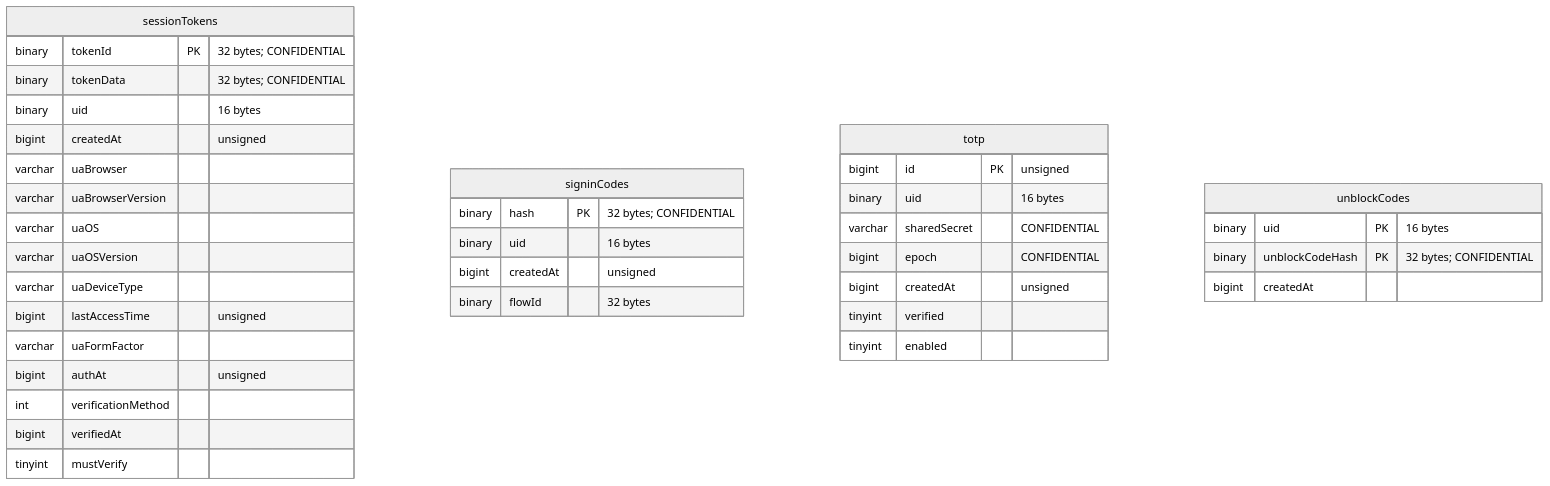
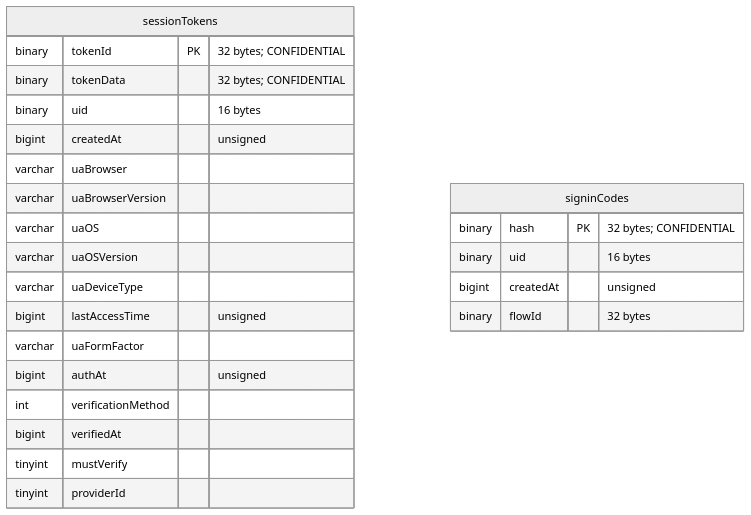
The tenth of 18 diagrams in docs/reference/database-structure.md (mozilla/ecosystem-platform), drawn with Mermaid (neutral theme) before and after one commit. The commit also changed other lines of this file, not shown here.

````diff
--- a/docs/reference/database-structure.md
+++ b/docs/reference/database-structure.md
@@ -196,40 +232,27 @@
 ```mermaid
 erDiagram
     sessionTokens {
         binary tokenId PK "32 bytes; CONFIDENTIAL"
         binary tokenData "32 bytes; CONFIDENTIAL"
         binary uid "16 bytes"
         bigint createdAt "unsigned"
         varchar uaBrowser
         varchar uaBrowserVersion
         varchar uaOS
         varchar uaOSVersion
         varchar uaDeviceType
         bigint lastAccessTime "unsigned"
         varchar uaFormFactor
         bigint authAt "unsigned"
         int verificationMethod
         bigint verifiedAt
         tinyint mustVerify
+        tinyint providerId
     }
     signinCodes {
         binary hash PK "32 bytes; CONFIDENTIAL"
         binary uid "16 bytes"
         bigint createdAt "unsigned"
         binary flowId "32 bytes"
     }
-    totp {
-        bigint id PK "unsigned"
-        binary uid "16 bytes"
-        varchar sharedSecret "CONFIDENTIAL"
-        bigint epoch "CONFIDENTIAL"
-        bigint createdAt "unsigned"
-        tinyint verified
-        tinyint enabled
-    }
-    unblockCodes {
-        binary uid PK "16 bytes"
-        binary unblockCodeHash PK "32 bytes; CONFIDENTIAL"
-        bigint createdAt
-    }
 ```
````
